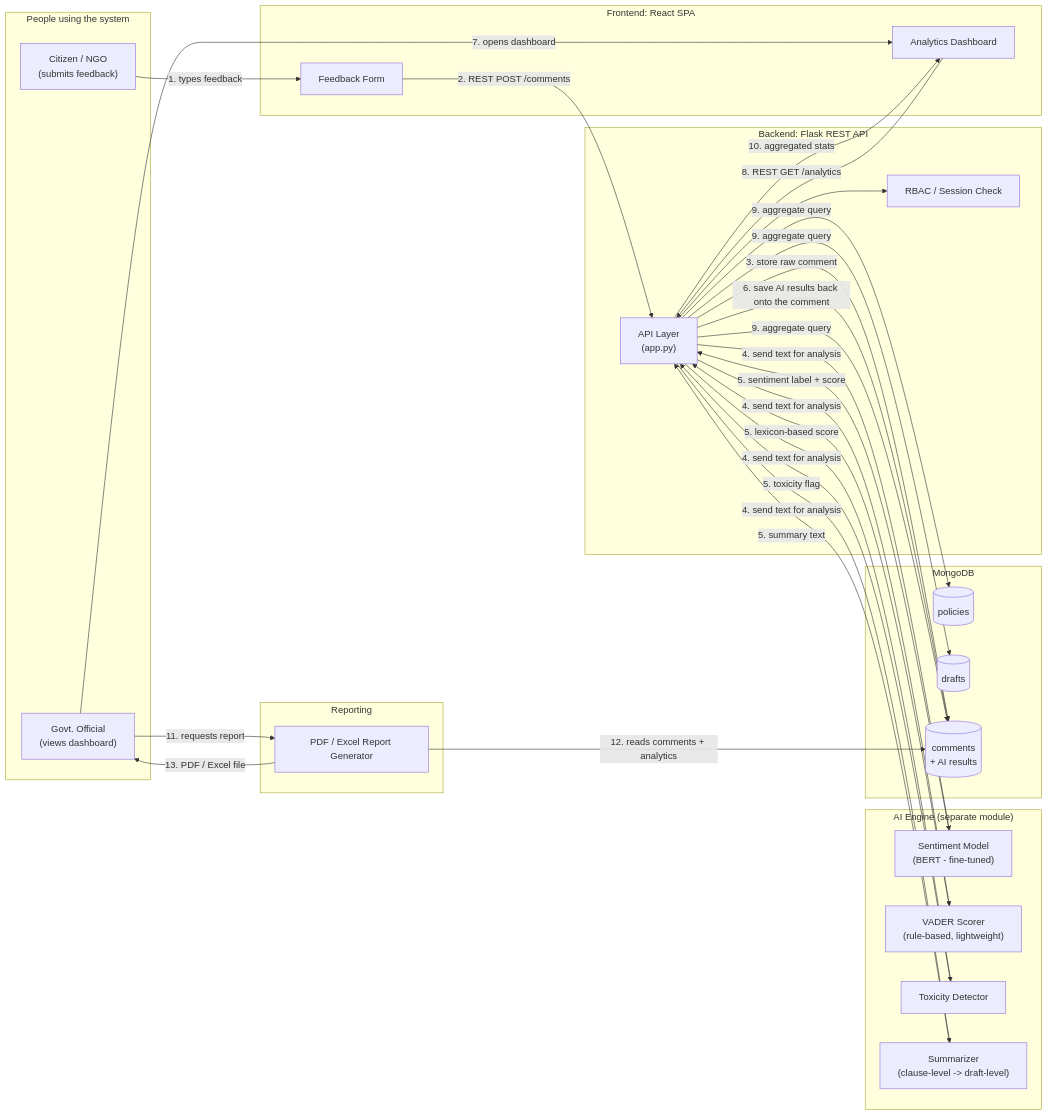
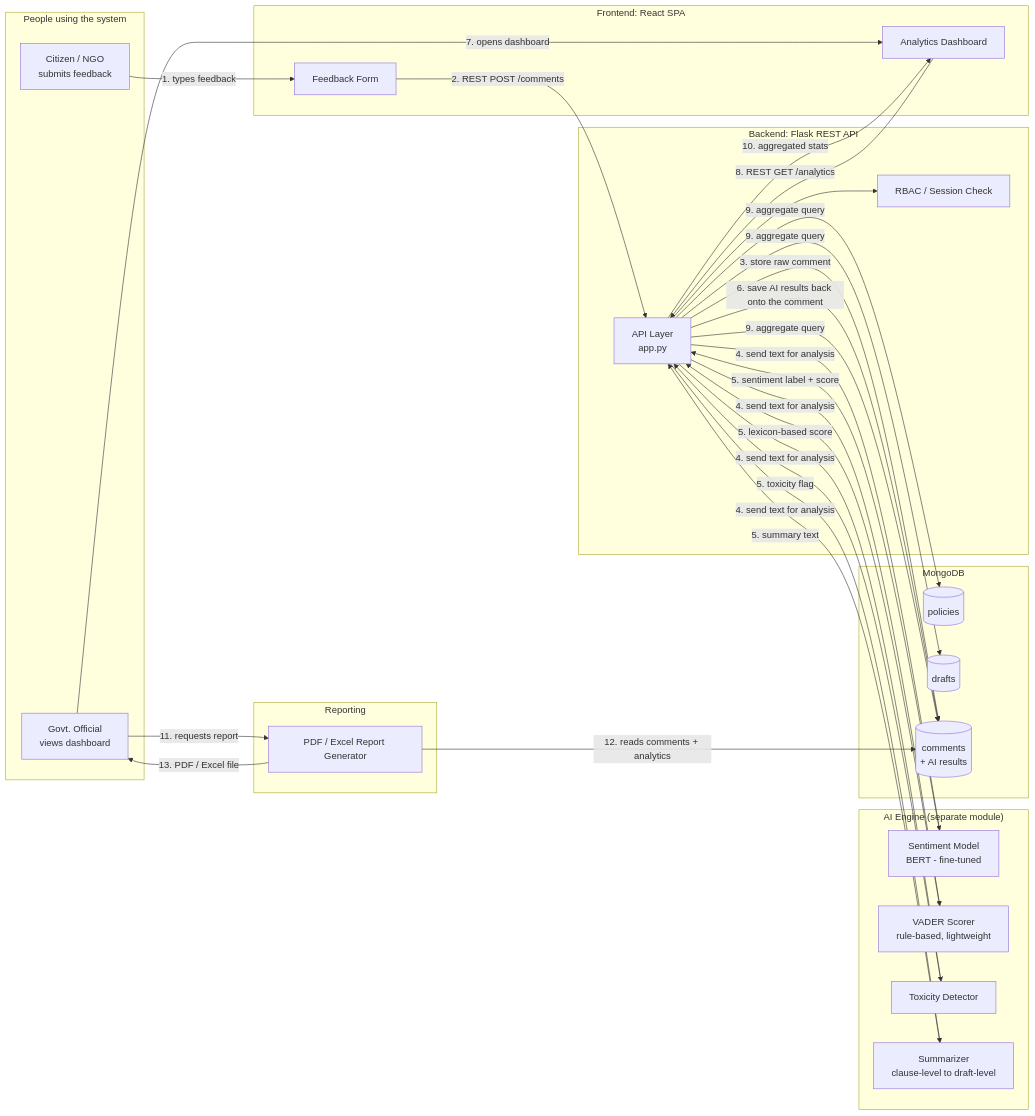
Before and after one commit to shrav-jally/Cognizant_ACE_prep: the eighth of 13 diagrams in README.md, drawn with Mermaid. The commit also changed other lines of this file, not shown here.

````diff
--- a/README.md
+++ b/README.md
@@ -859,62 +925,62 @@
 ```mermaid
 flowchart LR
     subgraph Users["People using the system"]
-        CITIZEN["Citizen / NGO\n(submits feedback)"]
-        ADMIN["Govt. Official\n(views dashboard)"]
+        CITIZEN["Citizen / NGO<br/>submits feedback"]
+        ADMIN["Govt. Official<br/>views dashboard"]
     end
 
     subgraph Frontend["Frontend: React SPA"]
         FORM["Feedback Form"]
         DASH["Analytics Dashboard"]
     end
 
     subgraph Backend["Backend: Flask REST API"]
-        API["API Layer\n(app.py)"]
+        API["API Layer<br/>app.py"]
         AUTH["RBAC / Session Check"]
     end
 
     subgraph AIENGINE["AI Engine (separate module)"]
-        SENT["Sentiment Model\n(BERT - fine-tuned)"]
-        VADER["VADER Scorer\n(rule-based, lightweight)"]
+        SENT["Sentiment Model<br/>BERT - fine-tuned"]
+        VADER["VADER Scorer<br/>rule-based, lightweight"]
         TOX["Toxicity Detector"]
-        SUM["Summarizer\n(clause-level -> draft-level)"]
+        SUM["Summarizer<br/>clause-level to draft-level"]
     end
 
     subgraph DB["MongoDB"]
         POL[("policies")]
         DRAFT[("drafts")]
-        COM[("comments\n+ AI results")]
+        COM[("comments<br/>+ AI results")]
     end
 
     subgraph REPORTS["Reporting"]
         RPT["PDF / Excel Report Generator"]
     end
 
     CITIZEN -->|"1. types feedback"| FORM
     FORM -->|"2. REST POST /comments"| API
     API --> AUTH
     API -->|"3. store raw comment"| COM
 
     API -->|"4. send text for analysis"| SENT
     API -->|"4. send text for analysis"| VADER
     API -->|"4. send text for analysis"| TOX
     API -->|"4. send text for analysis"| SUM
 
     SENT -->|"5. sentiment label + score"| API
     VADER -->|"5. lexicon-based score"| API
     TOX -->|"5. toxicity flag"| API
     SUM -->|"5. summary text"| API
 
     API -->|"6. save AI results back onto the comment"| COM
 
     ADMIN -->|"7. opens dashboard"| DASH
     DASH -->|"8. REST GET /analytics"| API
     API -->|"9. aggregate query"| COM
     API -->|"9. aggregate query"| POL
     API -->|"9. aggregate query"| DRAFT
     API -->|"10. aggregated stats"| DASH
 
     ADMIN -->|"11. requests report"| RPT
     RPT -->|"12. reads comments + analytics"| COM
     RPT -->|"13. PDF / Excel file"| ADMIN
 ```
````
